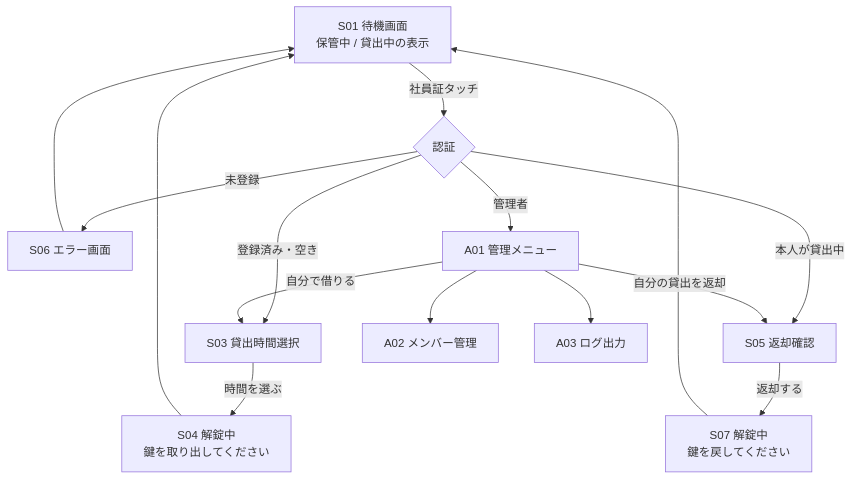
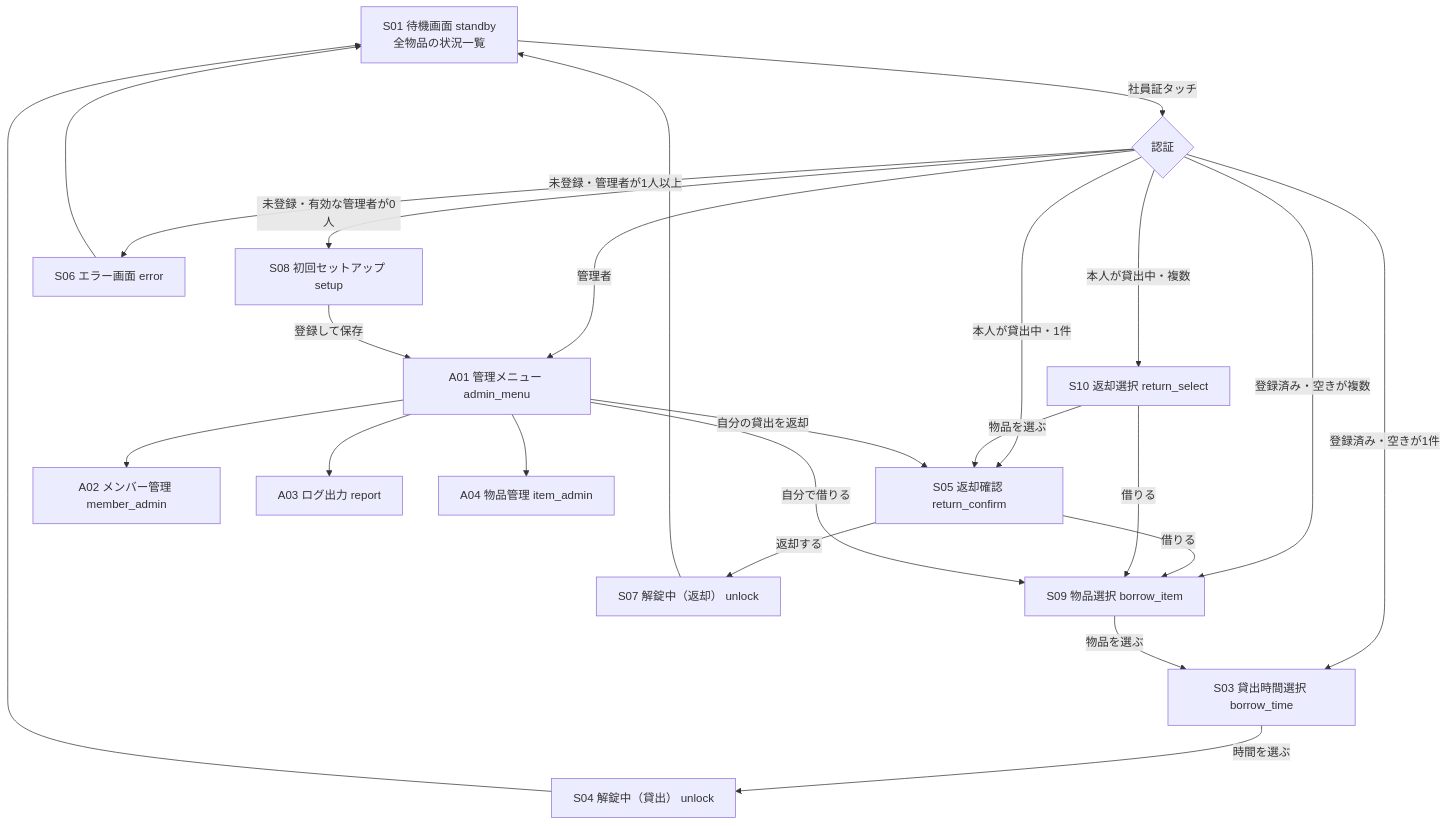
The diagram in docs/07_画面設計書.md (ootomonaiso/card), drawn with Mermaid before and after one commit. The commit also changed other lines of this file and 18 other files, not shown here.

````diff
--- a/docs/07_画面設計書.md
+++ b/docs/07_画面設計書.md
@@ -15,17 +15,26 @@
 ```mermaid
 flowchart TD
-  S01[S01 待機画面<br/>保管中 / 貸出中の表示] -- 社員証タッチ --> S02{認証}
-  S02 -- 未登録 --> S06[S06 エラー画面]
-  S02 -- 登録済み・空き --> S03[S03 貸出時間選択]
-  S02 -- 本人が貸出中 --> S05[S05 返却確認]
-  S02 -- 管理者 --> A01[A01 管理メニュー]
-  S03 -- 時間を選ぶ --> S04[S04 解錠中<br/>鍵を取り出してください]
-  S05 -- 返却する --> S07[S07 解錠中<br/>鍵を戻してください]
+  S01[S01 待機画面 standby<br/>全物品の状況一覧] -- 社員証タッチ --> S02{認証}
+  S02 -- 未登録・有効な管理者が0人 --> S08[S08 初回セットアップ setup]
+  S02 -- 未登録・管理者が1人以上 --> S06[S06 エラー画面 error]
+  S02 -- 登録済み・空きが複数 --> S09[S09 物品選択 borrow_item]
+  S02 -- 登録済み・空きが1件 --> S03[S03 貸出時間選択 borrow_time]
+  S09 -- 物品を選ぶ --> S03
+  S02 -- 本人が貸出中・複数 --> S10[S10 返却選択 return_select]
+  S02 -- 本人が貸出中・1件 --> S05[S05 返却確認 return_confirm]
+  S10 -- 物品を選ぶ --> S05
+  S02 -- 管理者 --> A01[A01 管理メニュー admin_menu]
+  S08 -- 登録して保存 --> A01
+  S03 -- 時間を選ぶ --> S04[S04 解錠中（貸出） unlock]
+  S05 -- 返却する --> S07[S07 解錠中（返却） unlock]
+  S05 -- 借りる --> S09
+  S10 -- 借りる --> S09
   S04 --> S01
   S07 --> S01
   S06 --> S01
-  A01 --> A02[A02 メンバー管理]
-  A01 --> A03[A03 ログ出力]
-  A01 -- 自分で借りる --> S03
+  A01 --> A02[A02 メンバー管理 member_admin]
+  A01 --> A03[A03 ログ出力 report]
+  A01 --> A04[A04 物品管理 item_admin]
+  A01 -- 自分で借りる --> S09
   A01 -- 自分の貸出を返却 --> S05
 ```
````
